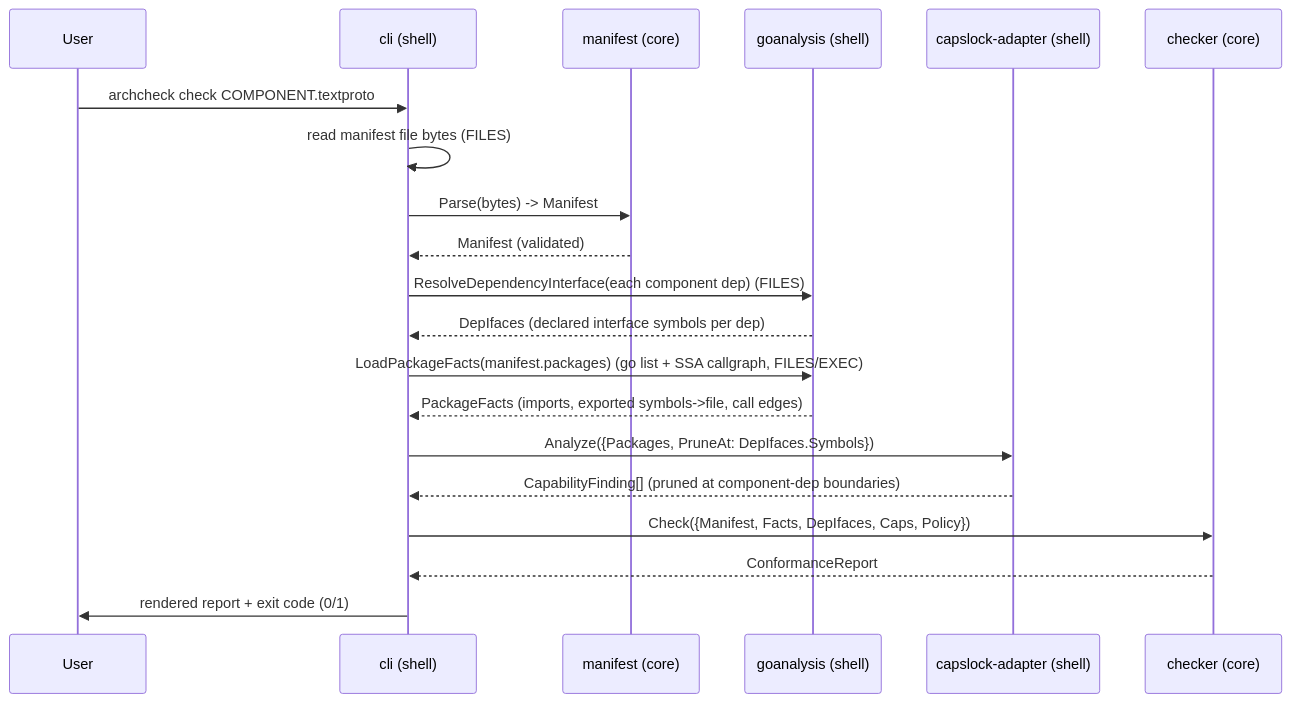
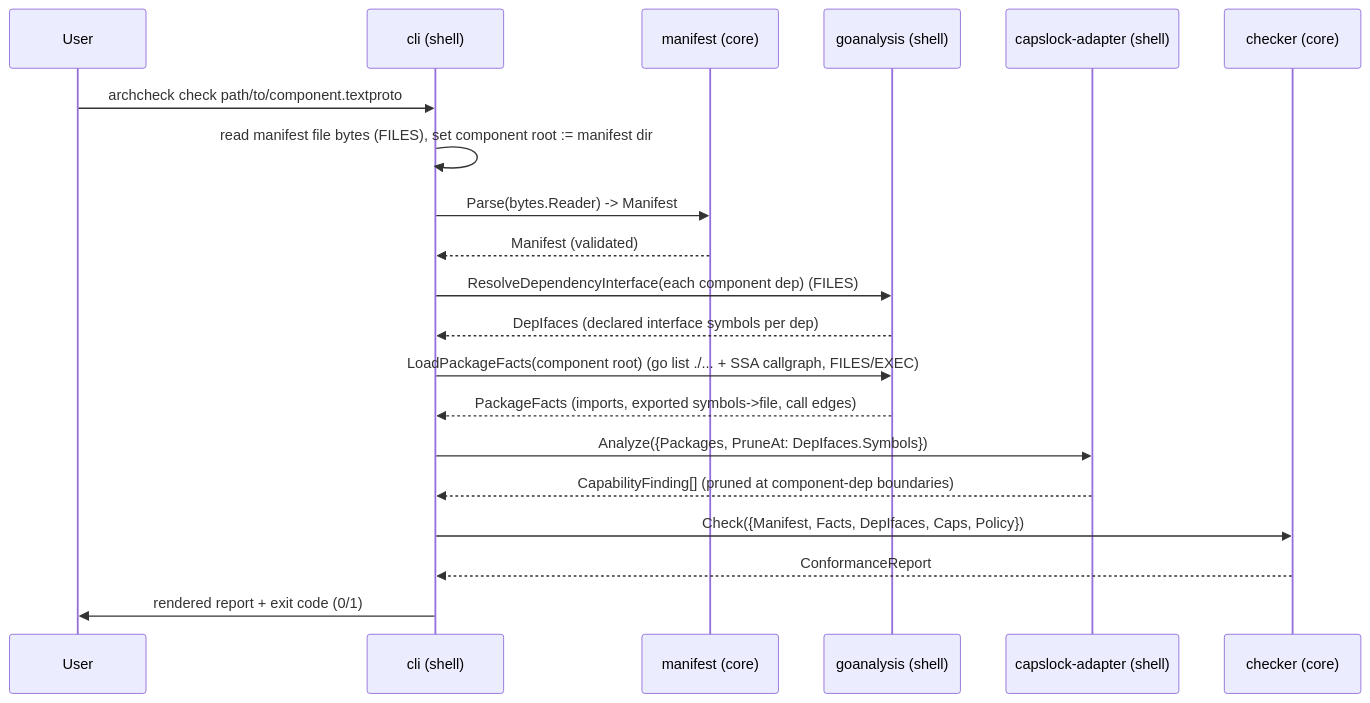
One commit to ono-sendai-labs/architectural-contracts changed the second of 2 diagrams in .agents/planning/2026-07-06-arch-contracts-go-mvp/design/detailed-design.md. Above: the diagram before and after it, drawn with Mermaid. The commit also changed other lines of this file and 3 other files, not shown here.

````diff
--- a/.agents/planning/2026-07-06-arch-contracts-go-mvp/design/detailed-design.md
+++ b/.agents/planning/2026-07-06-arch-contracts-go-mvp/design/detailed-design.md
@@ -188,23 +247,23 @@
 ```mermaid
 sequenceDiagram
     participant U as User
     participant CLI as cli (shell)
     participant M as manifest (core)
     participant L as goanalysis (shell)
     participant C as capslock-adapter (shell)
     participant K as checker (core)
 
-    U->>CLI: archcheck check COMPONENT.textproto
-    CLI->>CLI: read manifest file bytes (FILES)
-    CLI->>M: Parse(bytes) -> Manifest
+    U->>CLI: archcheck check path/to/component.textproto
+    CLI->>CLI: read manifest file bytes (FILES), set component root := manifest dir
+    CLI->>M: Parse(bytes.Reader) -> Manifest
     M-->>CLI: Manifest (validated)
     CLI->>L: ResolveDependencyInterface(each component dep) (FILES)
     L-->>CLI: DepIfaces (declared interface symbols per dep)
-    CLI->>L: LoadPackageFacts(manifest.packages) (go list + SSA callgraph, FILES/EXEC)
+    CLI->>L: LoadPackageFacts(component root) (go list ./... + SSA callgraph, FILES/EXEC)
     L-->>CLI: PackageFacts (imports, exported symbols->file, call edges)
     CLI->>C: Analyze({Packages, PruneAt: DepIfaces.Symbols})
     C-->>CLI: CapabilityFinding[] (pruned at component-dep boundaries)
     CLI->>K: Check({Manifest, Facts, DepIfaces, Caps, Policy})
     K-->>CLI: ConformanceReport
     CLI->>U: rendered report + exit code (0/1)
 ```
````
